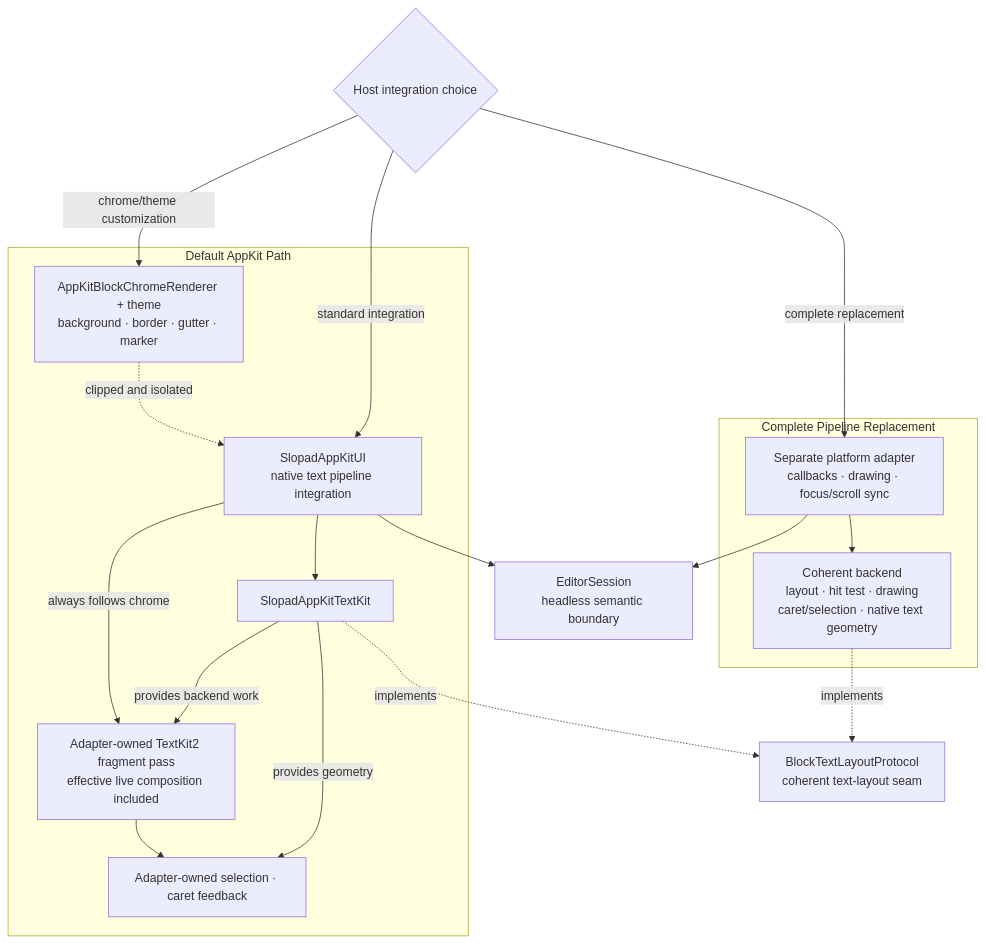
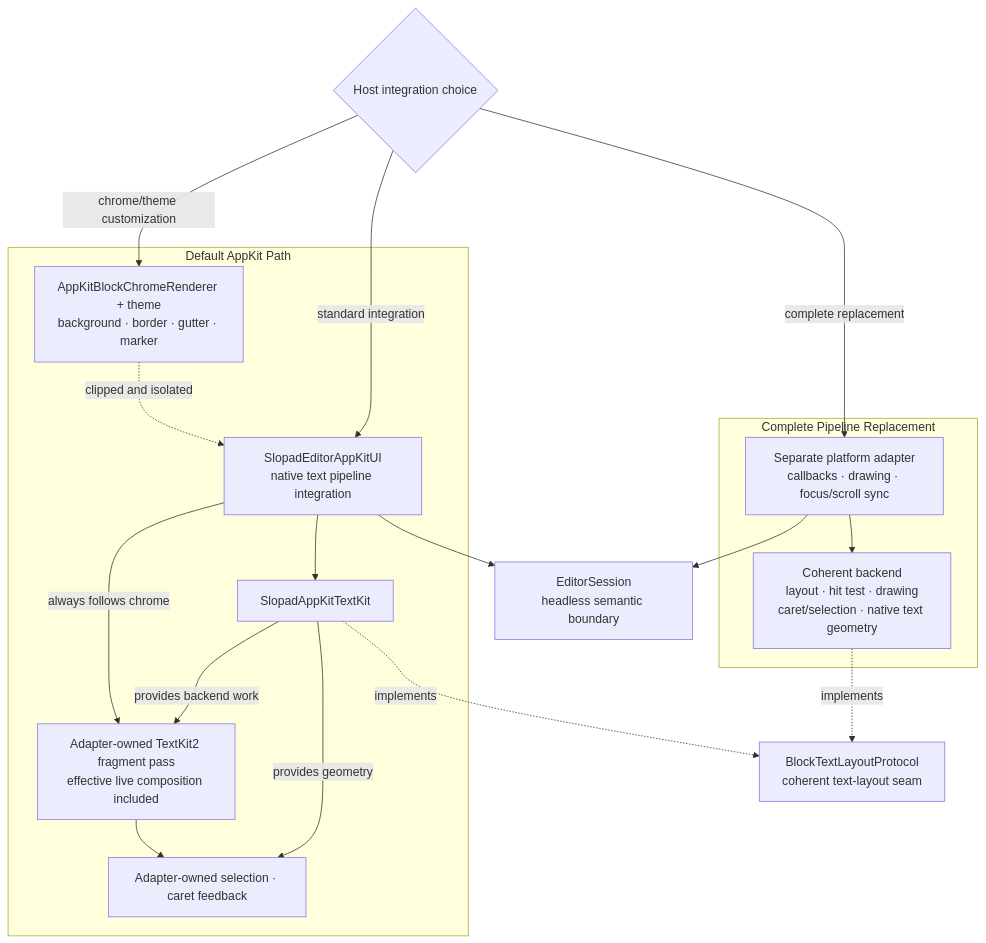
Before and after one commit to hot666666/SlopadEditor: the diagram in ADR/0007-appkit-ui-adapter-package.md, drawn with Mermaid. The commit also changed other lines of this file and 64 other files, not shown here.

First line of the commit message:
refactor: rename SlopadAppKitUI to SlopadEditorAppKitUI

````diff
--- a/ADR/0007-appkit-ui-adapter-package.md
+++ b/ADR/0007-appkit-ui-adapter-package.md
@@ -47,36 +47,36 @@
 ```mermaid
 flowchart TB
     Host{"Host integration choice"}
     Session["EditorSession<br/>headless semantic boundary"]
     Seam["BlockTextLayoutProtocol<br/>coherent text-layout seam"]
 
     subgraph Default["Default AppKit Path"]
-        AppKitUI["SlopadAppKitUI<br/>native text pipeline integration"]
+        AppKitUI["SlopadEditorAppKitUI<br/>native text pipeline integration"]
         Chrome["AppKitBlockChromeRenderer + theme<br/>background · border · gutter · marker"]
         FragmentPass["Adapter-owned TextKit2 fragment pass<br/>effective live composition included"]
         FeedbackPass["Adapter-owned selection · caret feedback"]
         AppKitTextKit["SlopadAppKitTextKit"]
 
         Chrome -.->|"clipped and isolated"| AppKitUI
         AppKitUI -->|"always follows chrome"| FragmentPass
         FragmentPass --> FeedbackPass
         AppKitUI --> AppKitTextKit
         AppKitTextKit -->|"provides backend work"| FragmentPass
         AppKitTextKit -->|"provides geometry"| FeedbackPass
     end
 
     subgraph Replacement["Complete Pipeline Replacement"]
         CustomAdapter["Separate platform adapter<br/>callbacks · drawing · focus/scroll sync"]
         CustomBackend["Coherent backend<br/>layout · hit test · drawing<br/>caret/selection · native text geometry"]
     end
 
     Host -->|"standard integration"| AppKitUI
     Host -->|"chrome/theme customization"| Chrome
     AppKitUI --> Session
     AppKitTextKit -.->|"implements"| Seam
 
     Host -->|"complete replacement"| CustomAdapter
     CustomAdapter --> Session
     CustomAdapter --> CustomBackend
     CustomBackend -.->|"implements"| Seam
 ```
````
